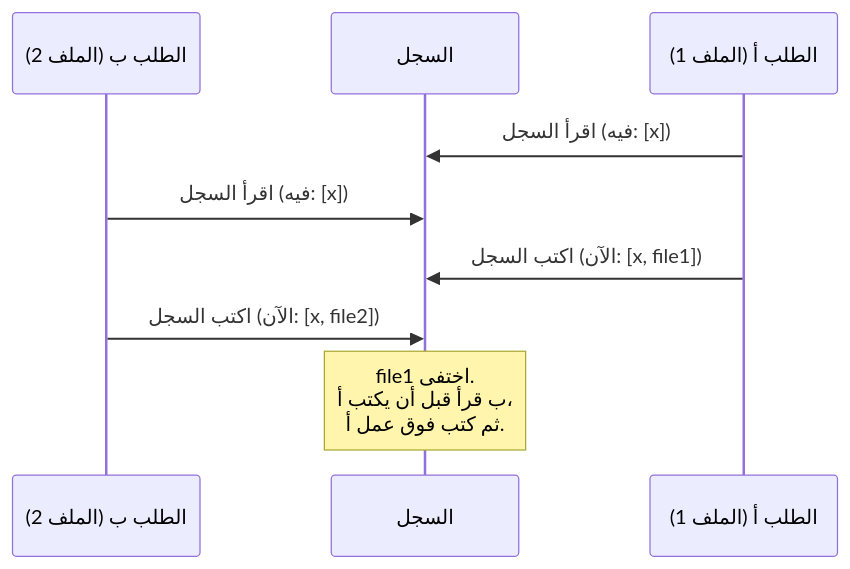
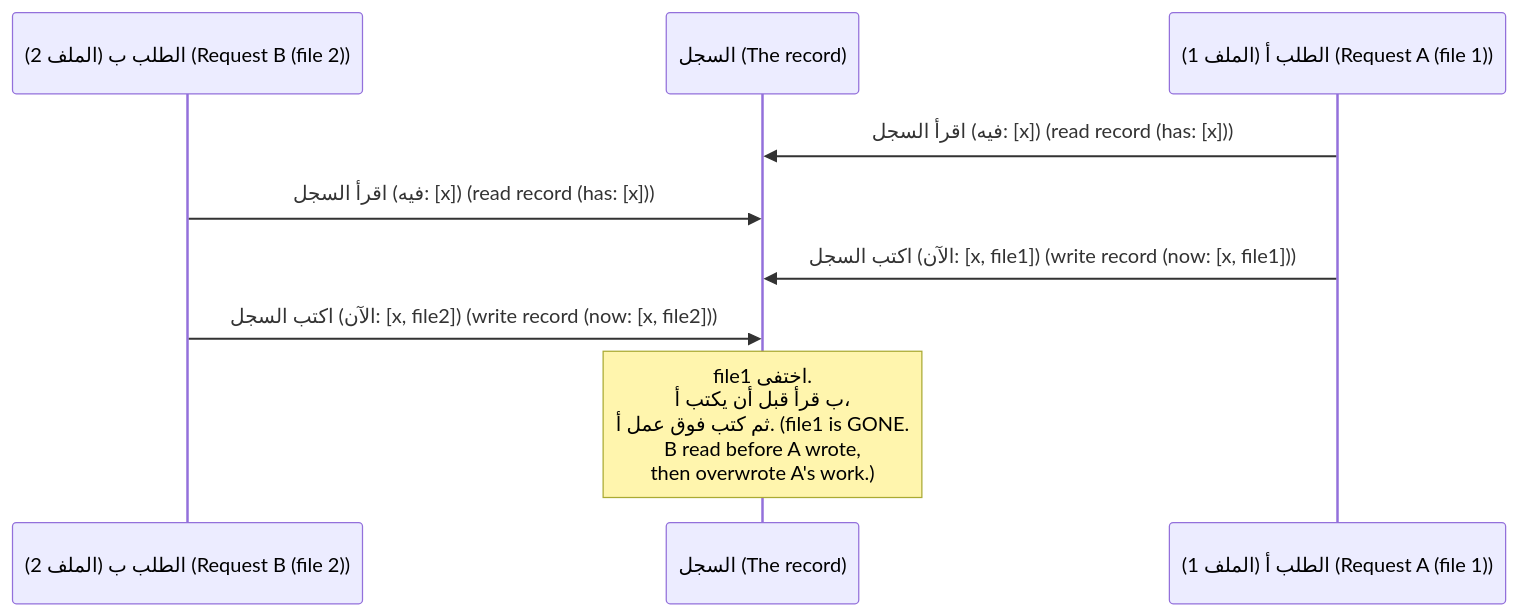
The ninth of 10 diagrams in modules/02-data-storage-backups/module.ar.md (Tamoura/system-design-for-vibe-coders), drawn with Mermaid before and after one commit. The commit also changed other lines of this file and 62 other files, not shown here.

First line of the commit message:
Arabic editions: English on every diagram label, RTL fixes, rebuild

````diff
--- a/modules/02-data-storage-backups/module.ar.md
+++ b/modules/02-data-storage-backups/module.ar.md
@@ -784,11 +784,11 @@
 ```mermaid
 sequenceDiagram
-    participant B as الطلب ب (الملف 2)
-    participant DB as السجل
-    participant A as الطلب أ (الملف 1)
-    A->>DB: اقرأ السجل (فيه: [x])
-    B->>DB: اقرأ السجل (فيه: [x])
-    A->>DB: اكتب السجل (الآن: [x, file1])
-    B->>DB: اكتب السجل (الآن: [x, file2])
-    Note over DB: file1 اختفى.<br/>ب قرأ قبل أن يكتب أ،<br/>ثم كتب فوق عمل أ.
+    participant B as الطلب ب (الملف 2) (Request B (file 2))
+    participant DB as السجل (The record)
+    participant A as الطلب أ (الملف 1) (Request A (file 1))
+    A->>DB: اقرأ السجل (فيه: [x]) (read record (has: [x]))
+    B->>DB: اقرأ السجل (فيه: [x]) (read record (has: [x]))
+    A->>DB: اكتب السجل (الآن: [x, file1]) (write record (now: [x, file1]))
+    B->>DB: اكتب السجل (الآن: [x, file2]) (write record (now: [x, file2]))
+    Note over DB: file1 اختفى.<br/>ب قرأ قبل أن يكتب أ،<br/>ثم كتب فوق عمل أ. (file1 is GONE.<br/>B read before A wrote,<br/>then overwrote A's work.)
 ```
````
